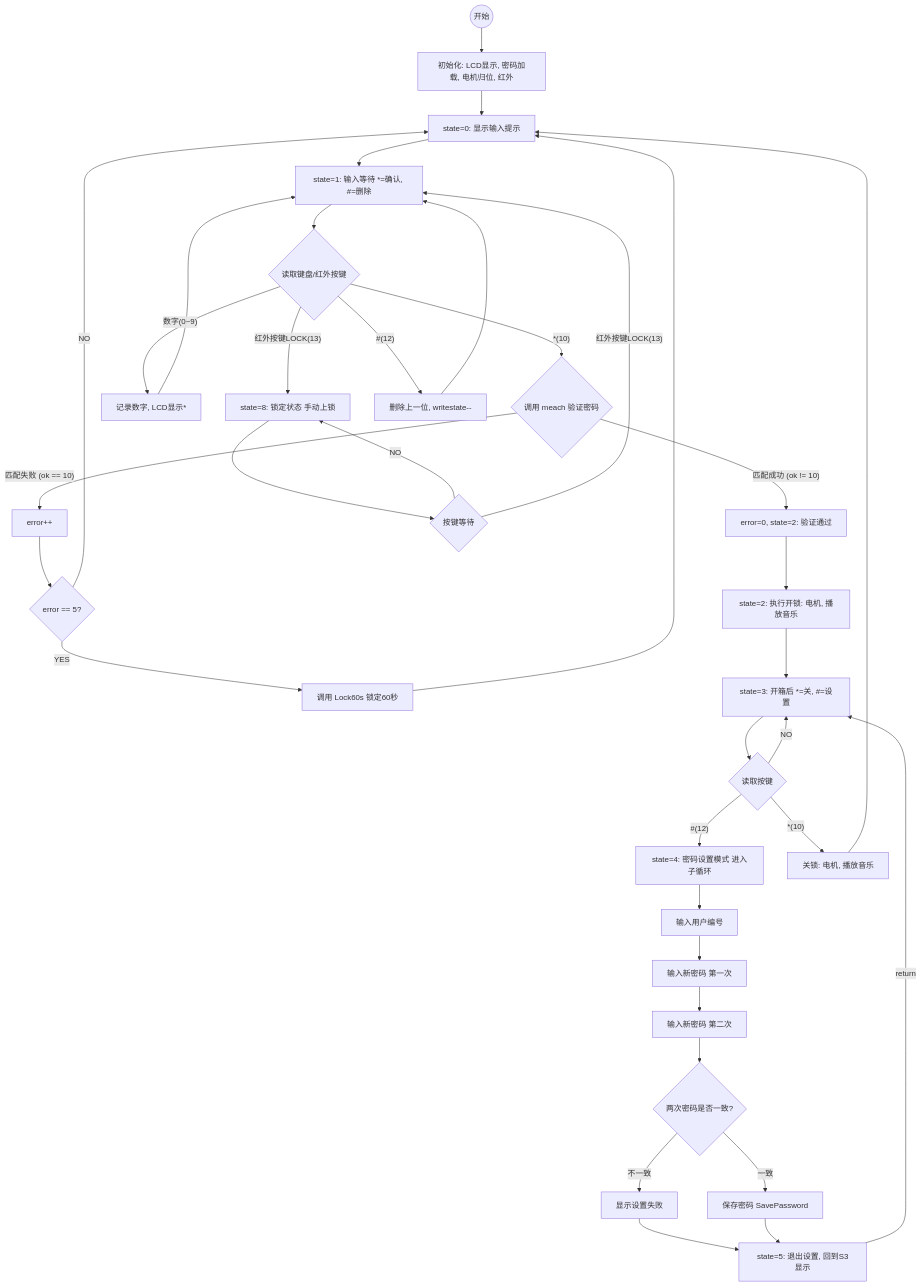
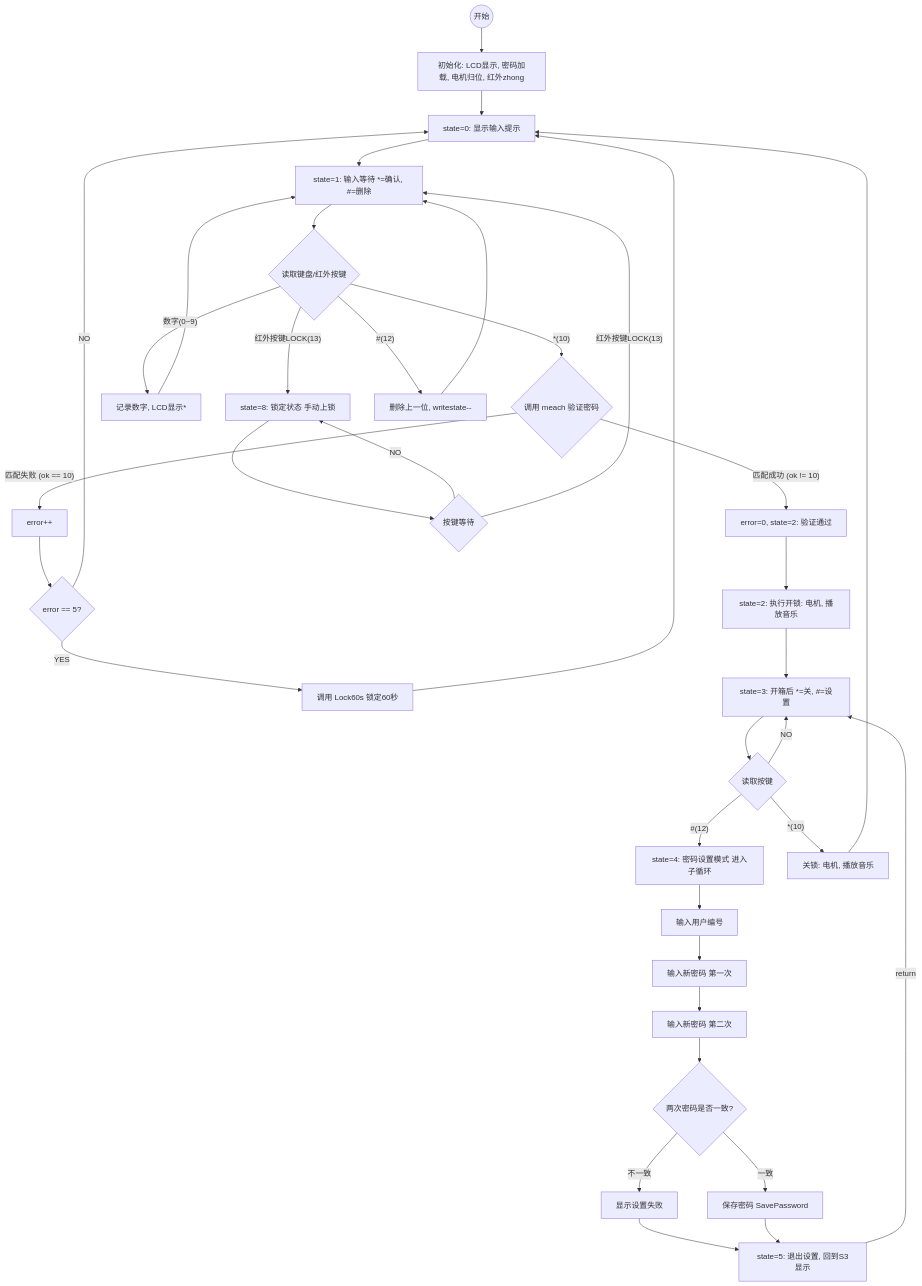
One commit to ksxyh-22/iodraw-files changed the diagram in all/未命名-2.md. Above: the diagram before and after it, drawn with Mermaid.

Commit message:
2025-10-11 11:21:15 update

````diff
--- a/all/未命名-2.md
+++ b/all/未命名-2.md
@@ -1,78 +1,78 @@
 ```mermaid
 graph TD
     %% 状态机主流程
-    START((开始)) --> INIT[初始化: LCD显示, 密码加载, 电机归位, 红外];
+    START((开始)) --> INIT[初始化: LCD显示, 密码加载, 电机归位, 红外zhong];
     INIT --> S0[state=0: 显示输入提示];
 
     %% 状态 1: 密码输入与验证 (主流程)
     S0 --> S1[state=1: 输入等待 *=确认, #=删除];
     
     S1 --> INPUT{读取键盘/红外按键};
     
    
 
     
     %% 手动锁定 (分支到右侧)
     INPUT -- 红外按键LOCK(13) --> S8;
     
      %% 处理输入分支
     INPUT -- 数字(0~9) --> DIGIT[记录数字, LCD显示*];
     DIGIT --> S1;
 
 
 
     %% 验证分支
     INPUT -- *(10) --> VERIFY{调用 meach 验证密码};
 
     INPUT -- #(12) --> DELETE[删除上一位, writestate--];
     DELETE --> S1;
 
     
     VERIFY -- 匹配成功 (ok != 10) --> S2_SUCCESS[error=0, state=2: 验证通过];
     
     %% 失败和错误处理 (分支到右侧)
     VERIFY -- 匹配失败 (ok == 10) --> ERROR_COUNT[error++];
     
     ERROR_COUNT --> CHECK_ERRORS{error == 5?};
     
     CHECK_ERRORS -- NO --> S0;
 
     CHECK_ERRORS -- YES --> LOCK_60s[调用 Lock60s 锁定60秒];
     LOCK_60s --> S0;
 
     %% 状态 2, 3, 5: 开锁后的操作 (主流程)
     S2_SUCCESS --> S2_OPEN[state=2: 执行开锁: 电机, 播放音乐];
     S2_OPEN --> S3[state=3: 开箱后 *=关, #=设置];
 
     S3 --> POST_KEY{读取按键};
     
     POST_KEY -- NO --> S3;
     
     POST_KEY -- #(12) --> S4[state=4: 密码设置模式 进入子循环];
 
     POST_KEY -- *(10) --> S3_CLOSE[关锁: 电机, 播放音乐];
     S3_CLOSE --> S0;
     
     
 
     %% 状态 4: 密码设置 (子流程)
     S4 --> S4_USER[输入用户编号];
     S4_USER --> S4_PASS1[输入新密码 第一次];
     S4_PASS1 --> S4_PASS2[输入新密码 第二次];
 
     S4_PASS2 --> S4_CHECK{两次密码是否一致?};
     
     S4_CHECK -- 不一致 --> S4_FAIL[显示设置失败];
     S4_FAIL --> S5[state=5: 退出设置, 回到S3显示];
 
     S4_CHECK -- 一致 --> S4_SAVE[保存密码 SavePassword];
     S4_SAVE --> S5;
     
     S5 -- return --> S3; 
     
     %% 状态 8: 锁定状态 (独立循环)
     S8[state=8: 锁定状态 手动上锁] --> S8_WAIT{按键等待};
     
     S8_WAIT -- NO --> S8;
     S8_WAIT -- 红外按键LOCK(13) --> S1;
 ```
````
